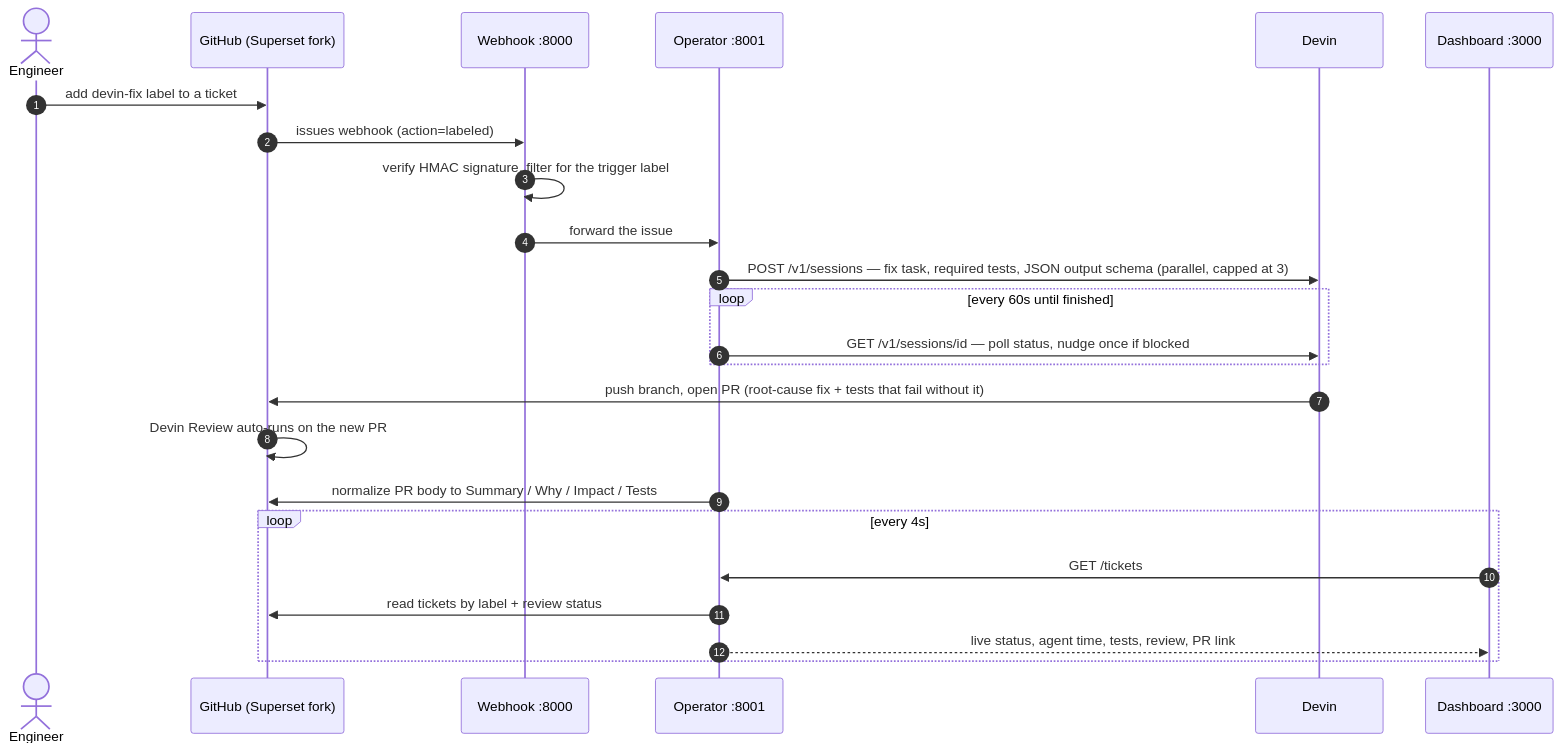
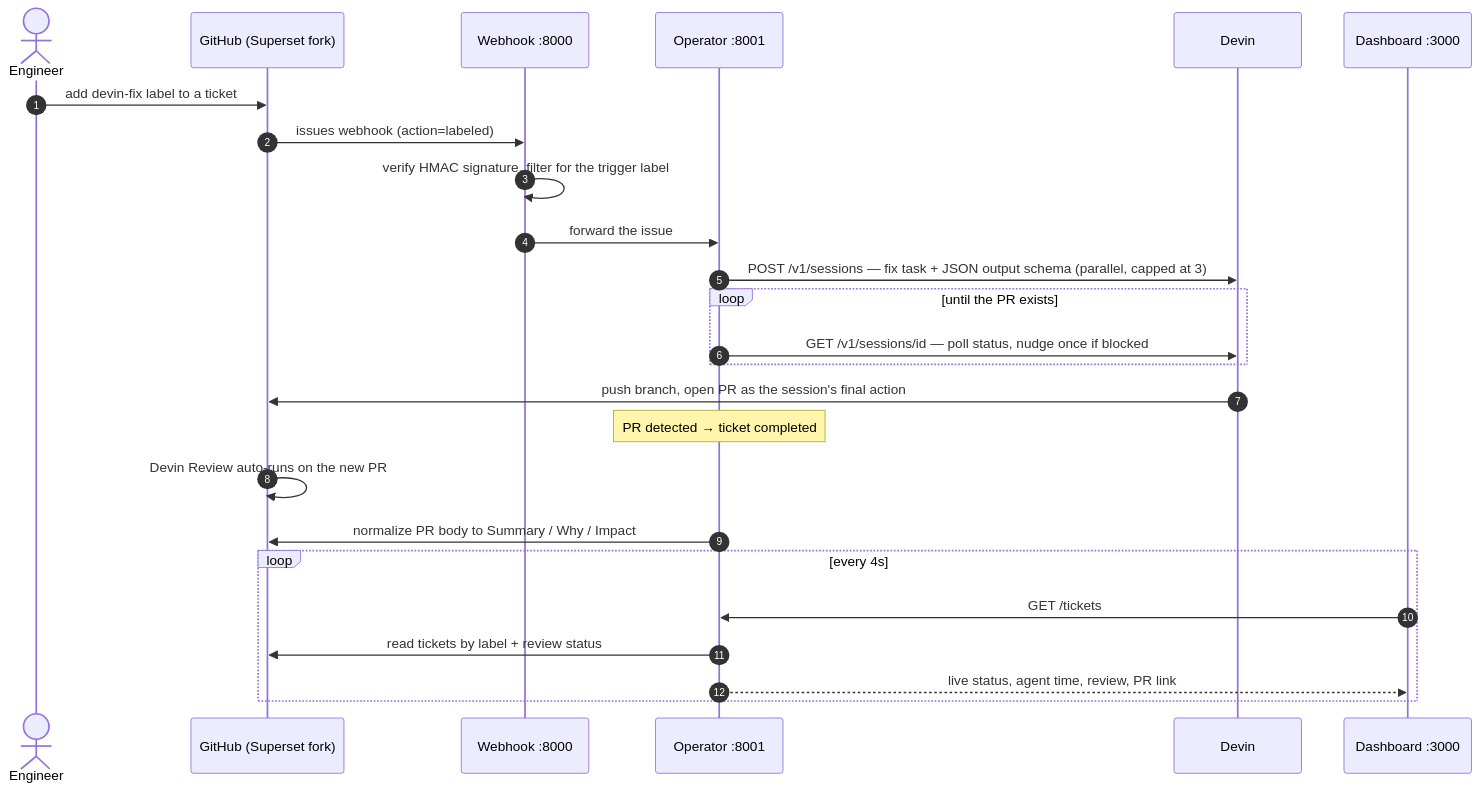
One commit to felixbrock/devin-demo changed the diagram in README.md. Above: the diagram before and after it, drawn with Mermaid. The commit also changed other lines of this file and 2 other files, not shown here.

First line of the commit message:
Complete tickets on PR creation and drop the tests requirement

````diff
--- a/README.md
+++ b/README.md
@@ -46,27 +46,28 @@
 ```mermaid
 sequenceDiagram
     autonumber
     actor Eng as Engineer
     participant GH as GitHub (Superset fork)
     participant WH as Webhook :8000
     participant OP as Operator :8001
     participant DV as Devin
     participant DB as Dashboard :3000
 
     Eng->>GH: add devin-fix label to a ticket
     GH->>WH: issues webhook (action=labeled)
     WH->>WH: verify HMAC signature, filter for the trigger label
     WH->>OP: forward the issue
-    OP->>DV: POST /v1/sessions — fix task, required tests, JSON output schema (parallel, capped at 3)
-    loop every 60s until finished
+    OP->>DV: POST /v1/sessions — fix task + JSON output schema (parallel, capped at 3)
+    loop until the PR exists
         OP->>DV: GET /v1/sessions/id — poll status, nudge once if blocked
     end
-    DV->>GH: push branch, open PR (root-cause fix + tests that fail without it)
+    DV->>GH: push branch, open PR as the session's final action
+    Note over OP: PR detected → ticket completed
     GH->>GH: Devin Review auto-runs on the new PR
-    OP->>GH: normalize PR body to Summary / Why / Impact / Tests
+    OP->>GH: normalize PR body to Summary / Why / Impact
     loop every 4s
         DB->>OP: GET /tickets
         OP->>GH: read tickets by label + review status
-        OP-->>DB: live status, agent time, tests, review, PR link
+        OP-->>DB: live status, agent time, review, PR link
     end
 ```
````
